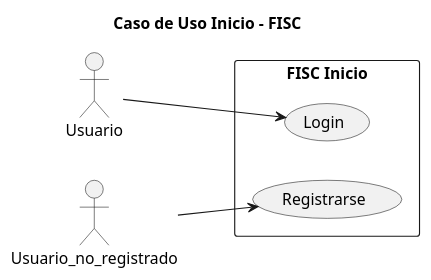
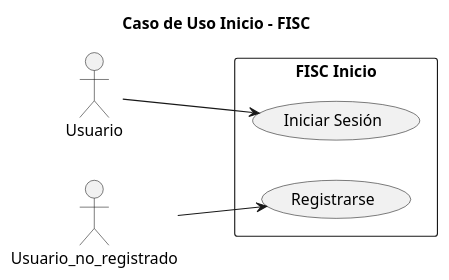
One commit to mmasias/23-24-IdSw1-SDR changed the diagram in casosDeUso/casoUsoInicio.puml. Above: the diagram before and after it, drawn with PlantUML. The commit also changed 3 other files, not shown here.

```diff
--- a/casosDeUso/casoUsoInicio.puml
+++ b/casosDeUso/casoUsoInicio.puml
@@ -1,18 +1,18 @@
 @startuml
 
 title Caso de Uso Inicio - FISC
 
 left to right direction
 
 actor Usuario as user
 actor Usuario_no_registrado as user1
 
 rectangle "FISC Inicio" {
-    usecase "Login" as login
+    usecase "Iniciar Sesión" as iniciosesion
     usecase "Registrarse" as registro
 }
 
-user --> login : ""
+user --> iniciosesion : ""
 user1 --> registro : ""
 
 @enduml
```
